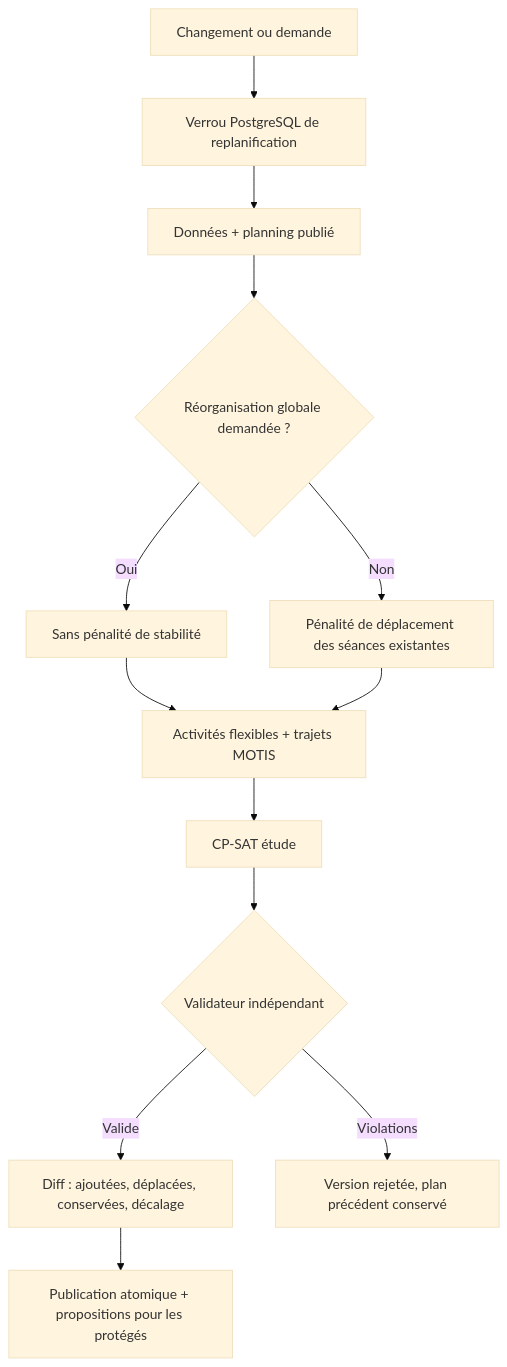
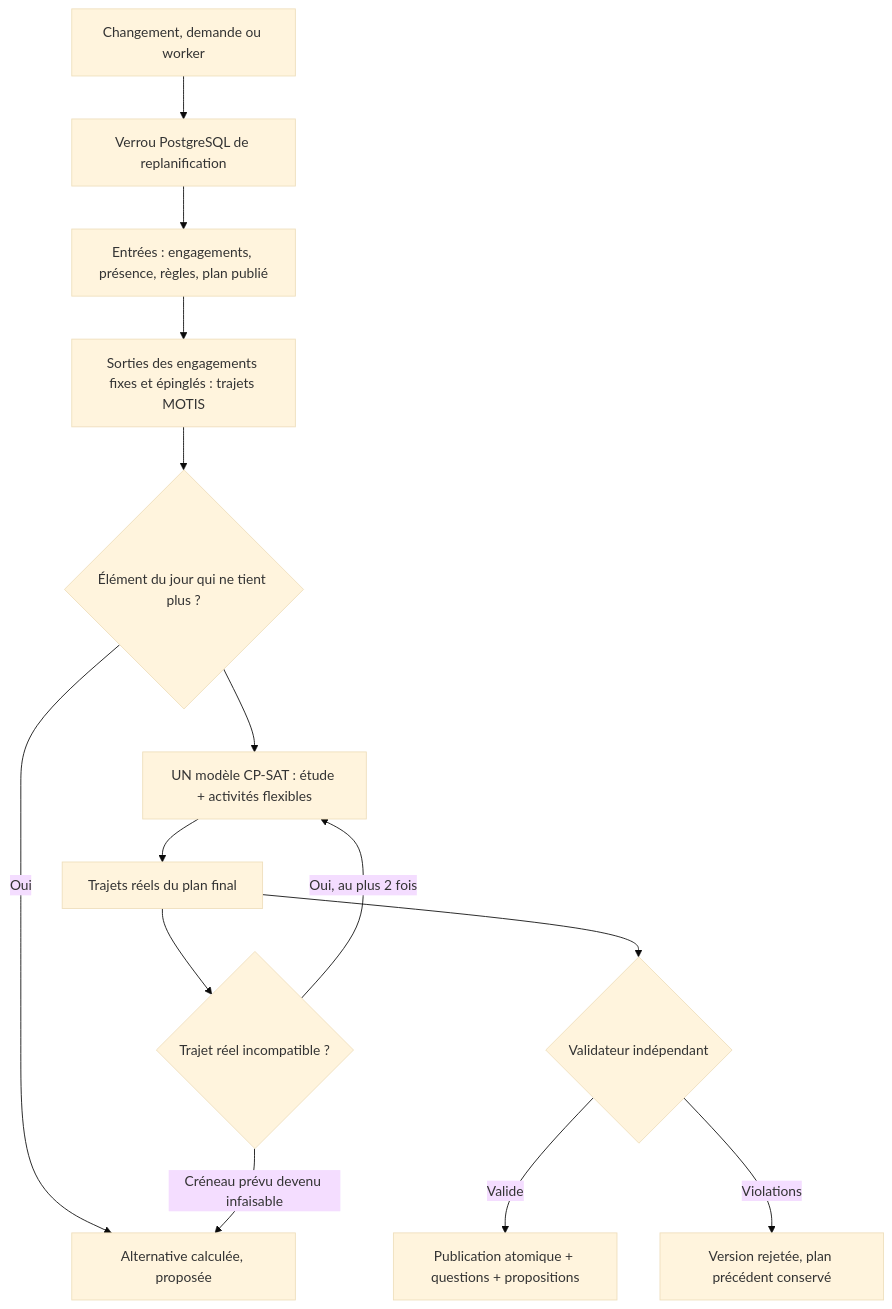
The ninth of 13 diagrams in ARCHITECTURE.md (mtx26/Tempo), drawn with Mermaid (base theme) before and after one commit. The commit also changed other lines of this file and 70 other files, not shown here.

````diff
--- a/ARCHITECTURE.md
+++ b/ARCHITECTURE.md
@@ -655,15 +669,16 @@
 ```mermaid
 flowchart TD
- TR[Changement ou demande] --> LOCK[Verrou PostgreSQL de replanification]
- LOCK --> BASE[Données + planning publié]
- BASE --> MODE{Réorganisation globale demandée ?}
- MODE -->|Oui| GLOBAL[Sans pénalité de stabilité]
- MODE -->|Non| LOCAL[Pénalité de déplacement des séances existantes]
- GLOBAL --> ACT[Activités flexibles + trajets MOTIS]
- LOCAL --> ACT
- ACT --> CP[CP-SAT étude]
- CP --> VALID{Validateur indépendant}
- VALID -->|Valide| DIFF[Diff : ajoutées, déplacées, conservées, décalage]
+ TR[Changement, demande ou worker] --> LOCK[Verrou PostgreSQL de replanification]
+ LOCK --> IN[Entrées : engagements, présence, règles, plan publié]
+ IN --> FIX[Sorties des engagements fixes et épinglés : trajets MOTIS]
+ FIX --> DISP{Élément du jour qui ne tient plus ?}
+ DISP -->|Oui| ALT[Alternative calculée, proposée]
+ DISP --> CP[UN modèle CP-SAT : étude + activités flexibles]
+ CP --> ROUTE[Trajets réels du plan final]
+ ROUTE --> CORR{Trajet réel incompatible ?}
+ CORR -->|Oui, au plus 2 fois| CP
+ CORR -->|Créneau prévu devenu infaisable| ALT
+ ROUTE --> VALID{Validateur indépendant}
+ VALID -->|Valide| PUB[Publication atomique + questions + propositions]
  VALID -->|Violations| REJ[Version rejetée, plan précédent conservé]
- DIFF --> PUB[Publication atomique + propositions pour les protégés]
 ```
````
